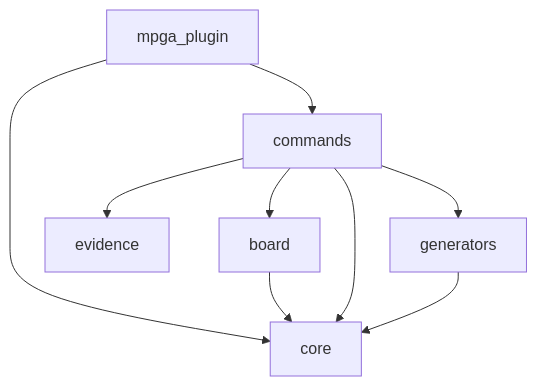
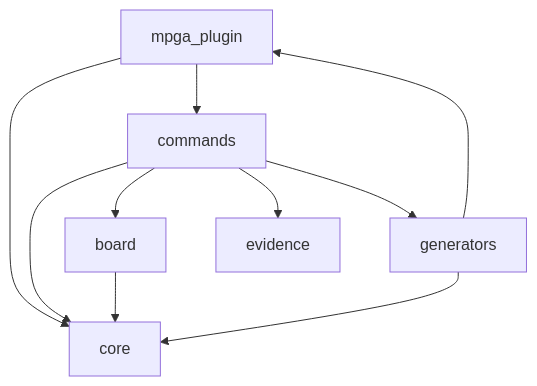
The diagram in MPGA/GRAPH.md (benrben/MPGA), drawn with Mermaid before and after one commit. The commit also changed other lines of this file and 91 other files, not shown here.

Commit message:
feat: Introduce a dedicated `mpga-plugin/cli/.claude` structure for commands, agents, and skills, and update existing agent protocols and configuration paths.

````diff
--- a/MPGA/GRAPH.md
+++ b/MPGA/GRAPH.md
@@ -30,11 +31,12 @@
 ```mermaid
 graph TD
     mpga_plugin --> core
     mpga_plugin --> commands
     board --> core
+    generators --> core
+    generators --> mpga_plugin
     commands --> core
     commands --> board
     commands --> evidence
     commands --> generators
-    generators --> core
 ```
````
